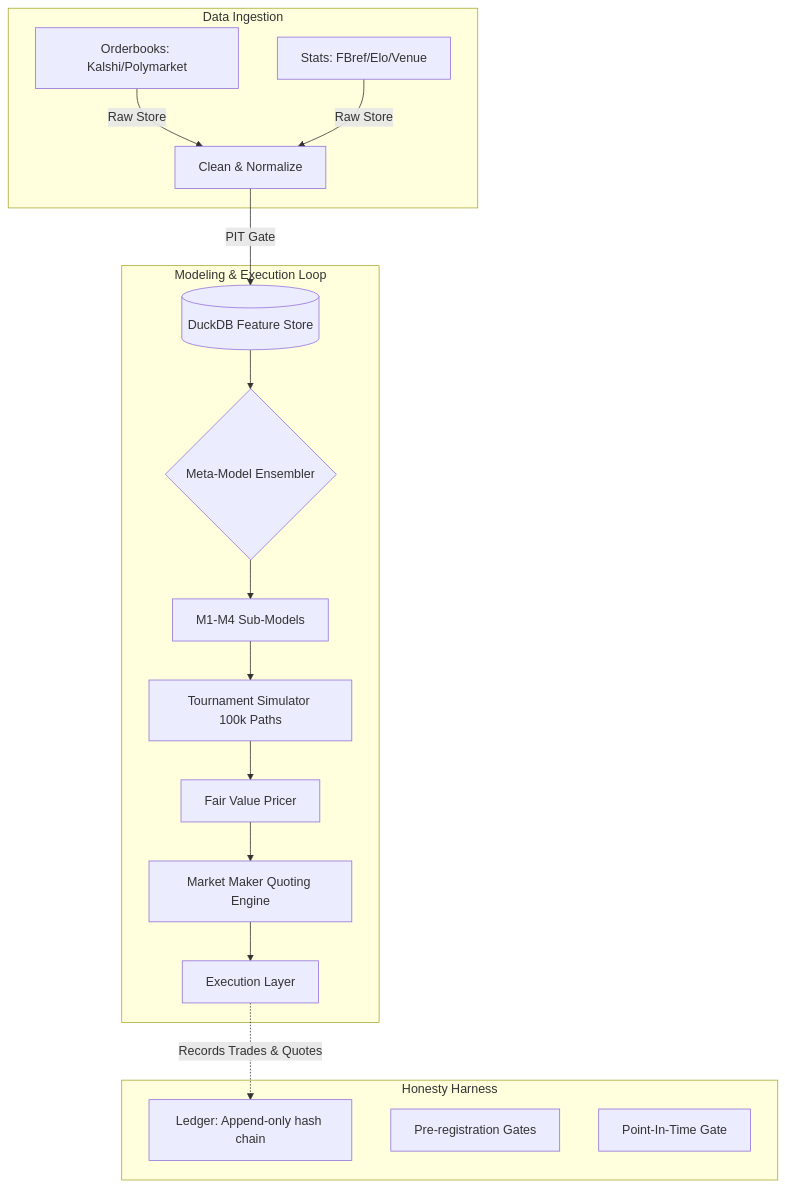
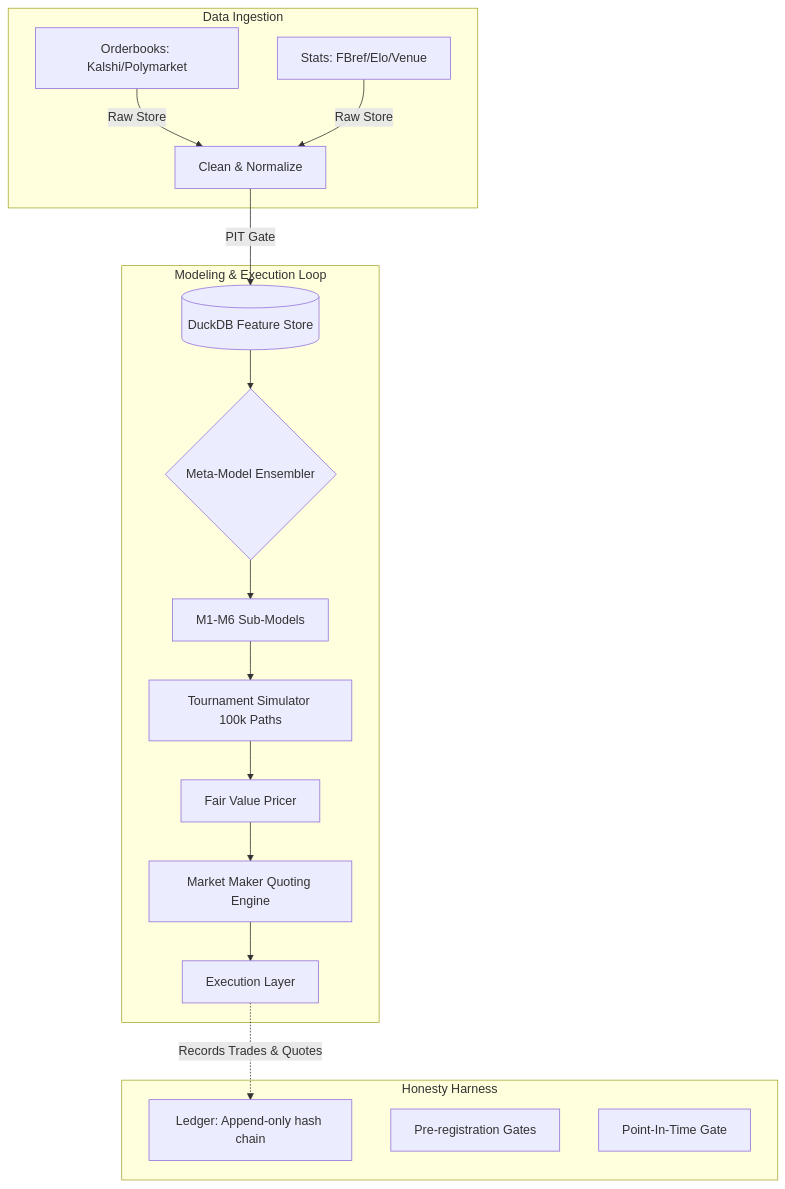
Before and after one commit to shreejitverma/wc2026-quant-prediction-system: the first of 2 diagrams in README.md, drawn with Mermaid. The commit also changed other lines of this file and 8 other files, not shown here.

````diff
--- a/README.md
+++ b/README.md
@@ -50,25 +41,25 @@
 ```mermaid
 graph TD
     subgraph Honesty Harness
         L[Ledger: Append-only hash chain]
         P[Pre-registration Gates]
         PIT[Point-In-Time Gate]
     end
 
     subgraph Data Ingestion
         A[Orderbooks: Kalshi/Polymarket] -->|Raw Store| C[Clean & Normalize]
         B[Stats: FBref/Elo/Venue] -->|Raw Store| C
     end
 
     subgraph Modeling & Execution Loop
         C -->|PIT Gate| D[(DuckDB Feature Store)]
         D --> E{Meta-Model Ensembler}
-        E --> F[M1-M4 Sub-Models]
+        E --> F[M1-M6 Sub-Models]
         F --> G[Tournament Simulator 100k Paths]
         G --> H[Fair Value Pricer]
         H --> I[Market Maker Quoting Engine]
         I --> J[Execution Layer]
     end
     
     J -.->|Records Trades & Quotes| L
 ```
````
